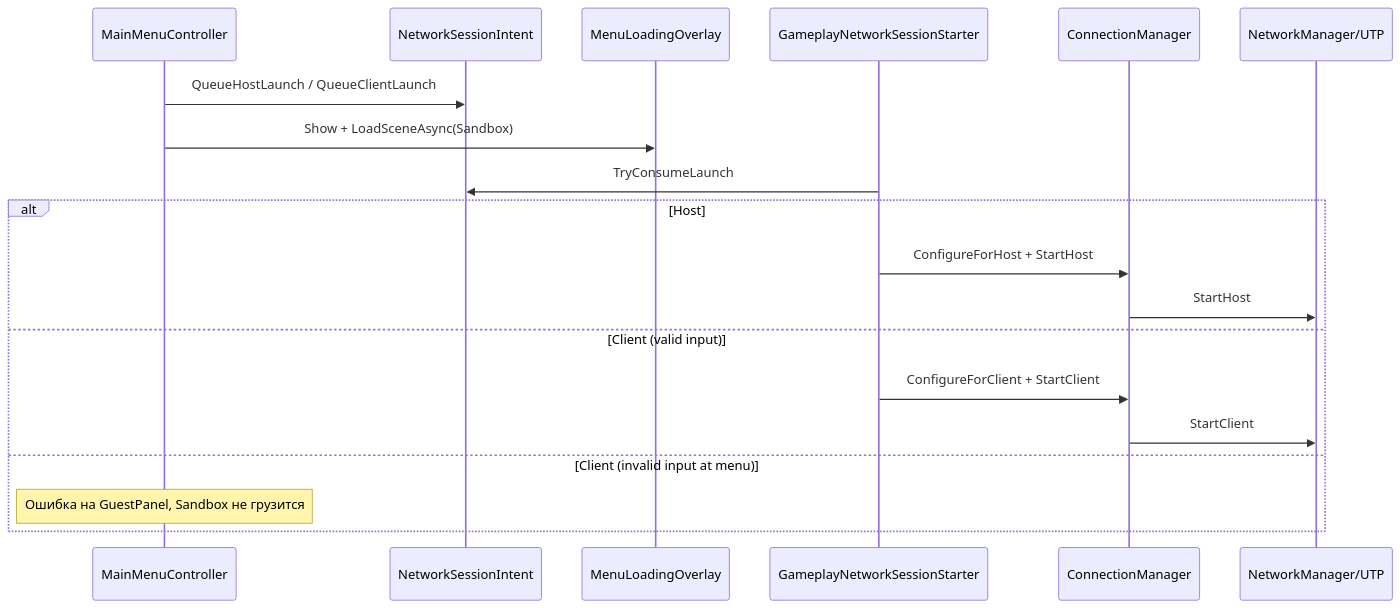
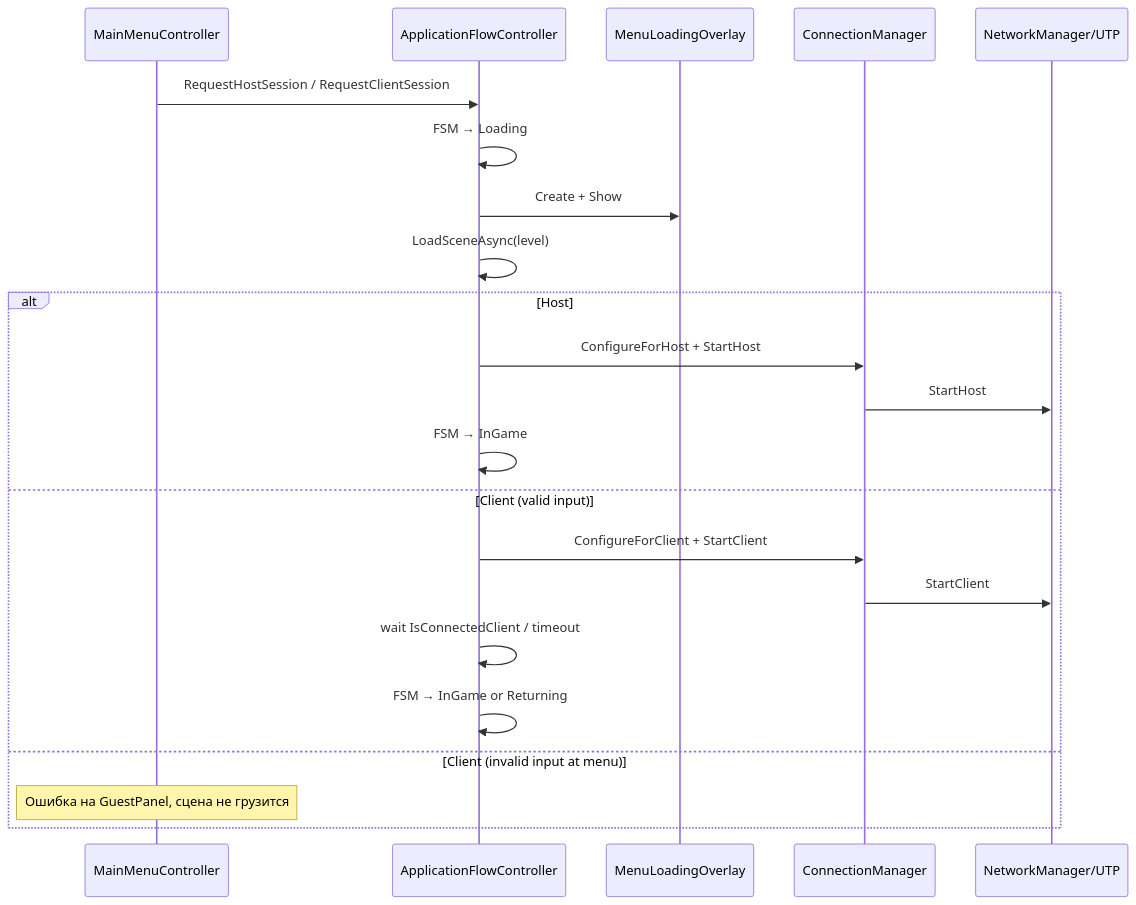
One commit to Nuclonnn/Catsss changed the diagram in Assets/_Docs/MainMenu-And-Networking.md. Above: the diagram before and after it, drawn with Mermaid. The commit also changed other lines of this file and 257 other files, not shown here.

````diff
--- a/Assets/_Docs/MainMenu-And-Networking.md
+++ b/Assets/_Docs/MainMenu-And-Networking.md
@@ -20,22 +21,25 @@
 ```mermaid
 sequenceDiagram
     participant UI as MainMenuController
-    participant Intent as NetworkSessionIntent
+    participant Flow as ApplicationFlowController
     participant Overlay as MenuLoadingOverlay
-    participant Sandbox as GameplayNetworkSessionStarter
     participant CM as ConnectionManager
     participant NGO as NetworkManager/UTP
 
-    UI->>Intent: QueueHostLaunch / QueueClientLaunch
-    UI->>Overlay: Show + LoadSceneAsync(Sandbox)
-    Sandbox->>Intent: TryConsumeLaunch
+    UI->>Flow: RequestHostSession / RequestClientSession
+    Flow->>Flow: FSM → Loading
+    Flow->>Overlay: Create + Show
+    Flow->>Flow: LoadSceneAsync(level)
     alt Host
-        Sandbox->>CM: ConfigureForHost + StartHost
+        Flow->>CM: ConfigureForHost + StartHost
         CM->>NGO: StartHost
+        Flow->>Flow: FSM → InGame
     else Client (valid input)
-        Sandbox->>CM: ConfigureForClient + StartClient
+        Flow->>CM: ConfigureForClient + StartClient
         CM->>NGO: StartClient
+        Flow->>Flow: wait IsConnectedClient / timeout
+        Flow->>Flow: FSM → InGame or Returning
     else Client (invalid input at menu)
-        Note over UI: Ошибка на GuestPanel, Sandbox не грузится
+        Note over UI: Ошибка на GuestPanel, сцена не грузится
     end
 ```
````
